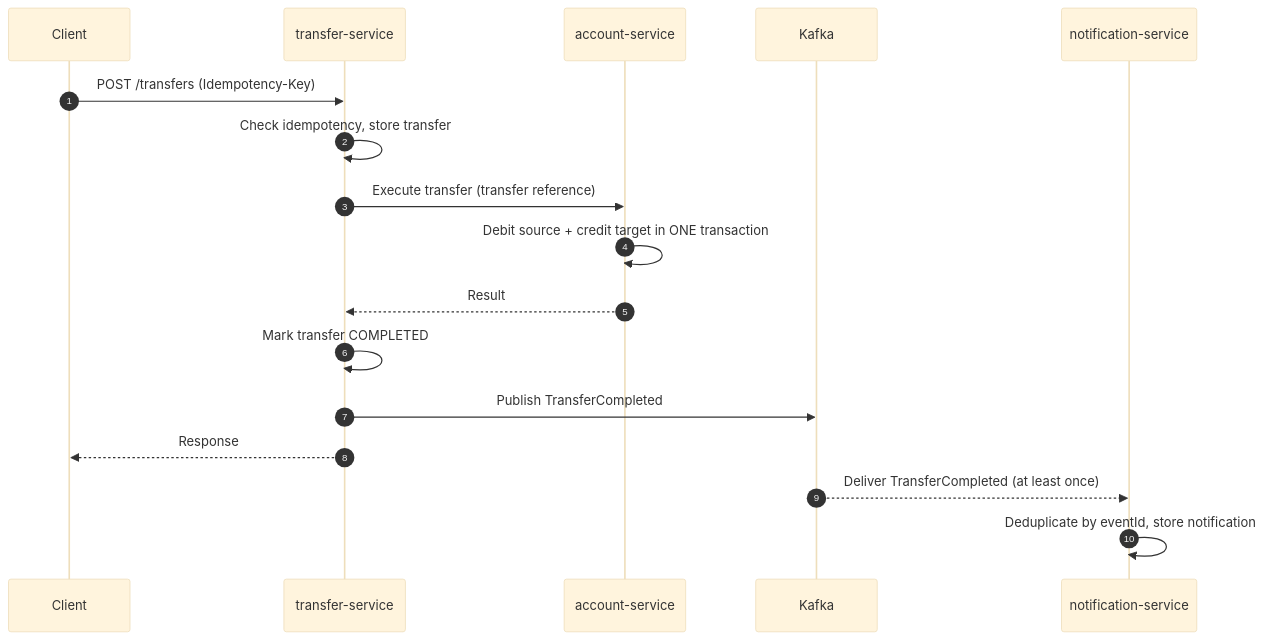
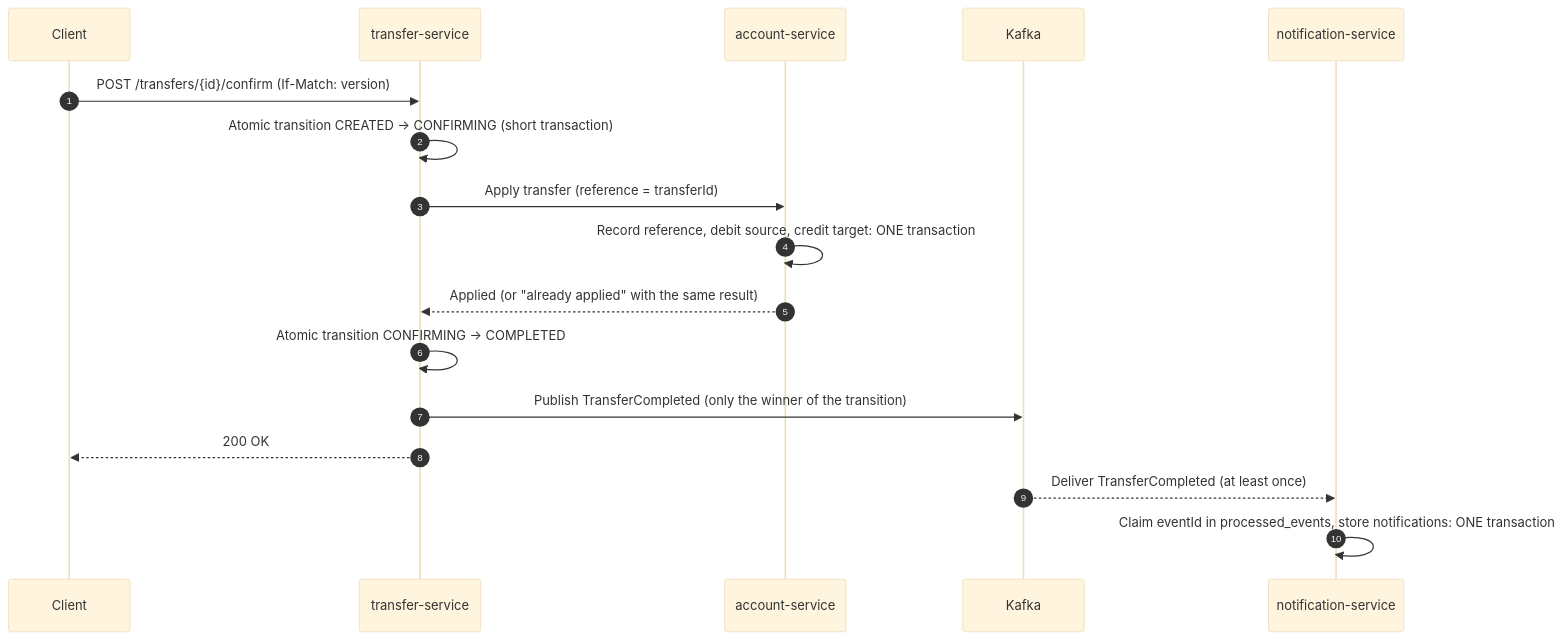
The third of 3 diagrams in docs/architecture.md (pr4m1/payments-platform), drawn with Mermaid (base theme) before and after one commit. The commit also changed other lines of this file and 3 other files, not shown here.

First line of the commit message:
docs: document two-step transfer model and idempotency decisions

````diff
--- a/docs/architecture.md
+++ b/docs/architecture.md
@@ -45,20 +91,20 @@
 ```mermaid
 sequenceDiagram
     autonumber
     participant C as Client
     participant T as transfer-service
     participant A as account-service
     participant K as Kafka
     participant N as notification-service
 
-    C->>T: POST /transfers (Idempotency-Key)
-    T->>T: Check idempotency, store transfer
-    T->>A: Execute transfer (transfer reference)
-    A->>A: Debit source + credit target in ONE transaction
-    A-->>T: Result
-    T->>T: Mark transfer COMPLETED
-    T->>K: Publish TransferCompleted
-    T-->>C: Response
+    C->>T: POST /transfers/{id}/confirm (If-Match: version)
+    T->>T: Atomic transition CREATED → CONFIRMING (short transaction)
+    T->>A: Apply transfer (reference = transferId)
+    A->>A: Record reference, debit source, credit target: ONE transaction
+    A-->>T: Applied (or "already applied" with the same result)
+    T->>T: Atomic transition CONFIRMING → COMPLETED
+    T->>K: Publish TransferCompleted (only the winner of the transition)
+    T-->>C: 200 OK
     K-->>N: Deliver TransferCompleted (at least once)
-    N->>N: Deduplicate by eventId, store notification
+    N->>N: Claim eventId in processed_events, store notifications: ONE transaction
 ```
````
